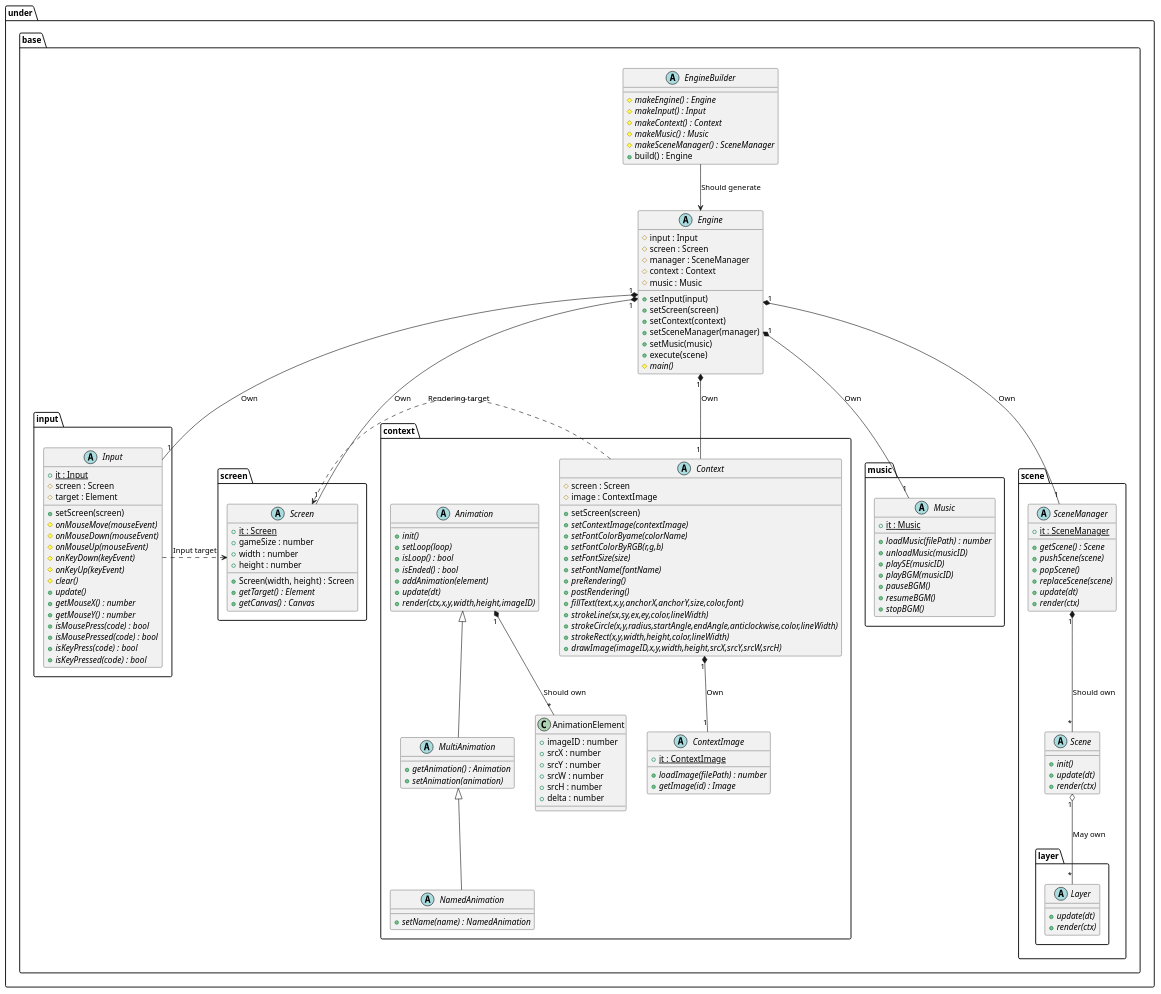
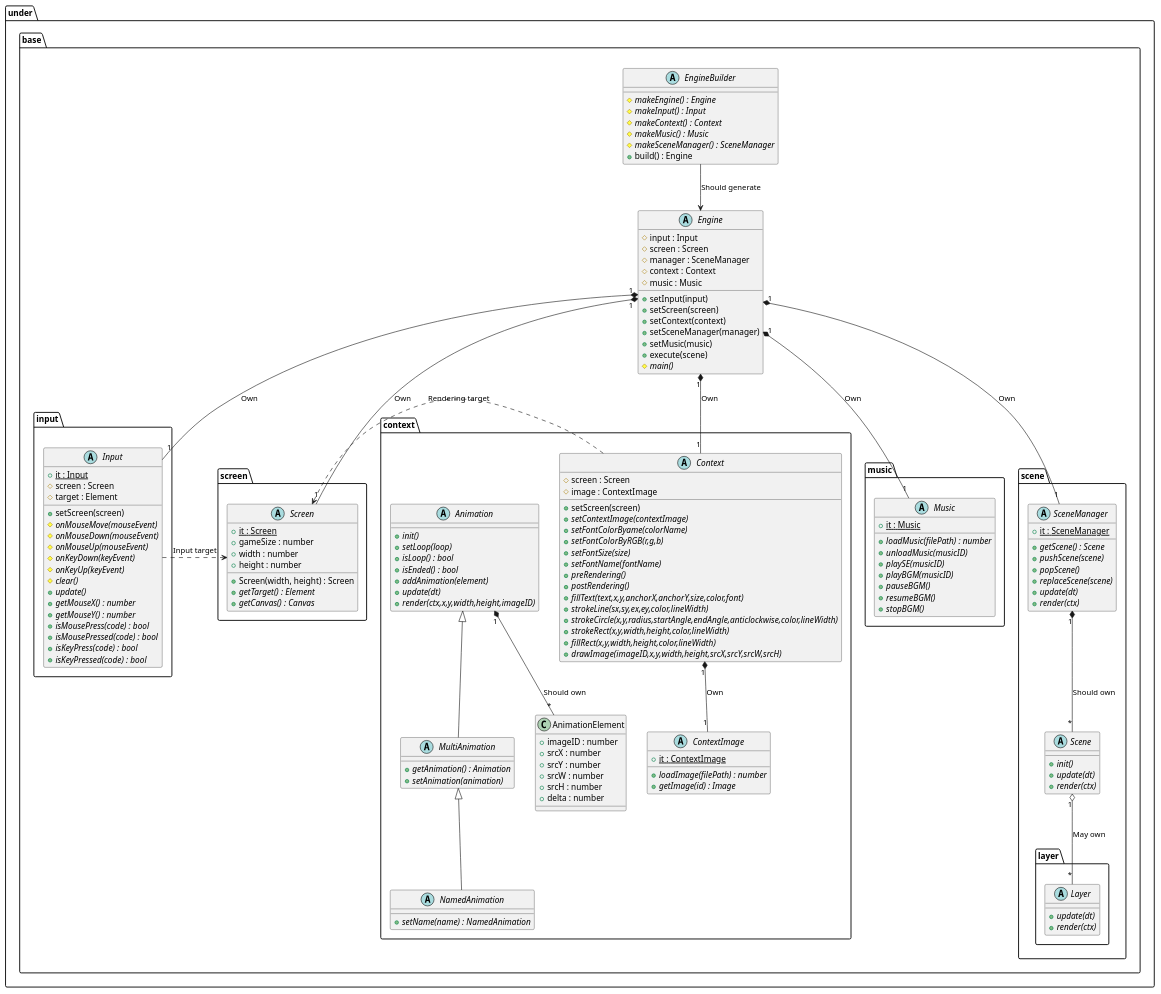
One commit to Expine/Under changed the diagram in uml/gamebase/Base.wsd. Above: the diagram before and after it, drawn with PlantUML. The commit also changed 17 other files, not shown here.

```diff
--- a/uml/gamebase/Base.wsd
+++ b/uml/gamebase/Base.wsd
@@ -1,170 +1,171 @@
 @startuml GameBaseBase
 
 package under {
     package base {
         abstract EngineBuilder {
             {abstract} #makeEngine() : Engine
             {abstract} #makeInput() : Input
             {abstract} #makeContext() : Context
             {abstract} #makeMusic() : Music
             {abstract} #makeSceneManager() : SceneManager
             +build() : Engine
         }
         abstract Engine {
             #input : Input
             #screen : Screen
             #manager : SceneManager
             #context : Context
             #music : Music
             +setInput(input)
             +setScreen(screen)
             +setContext(context)
             +setSceneManager(manager)
             +setMusic(music)
             +execute(scene)
             {abstract} #main()
         }
 
         package input {
             abstract Input {
                 {static} +it : Input /' Singleton '/
                 #screen : Screen
                 #target : Element
                 +setScreen(screen)
                 {abstract} #onMouseMove(mouseEvent)
                 {abstract} #onMouseDown(mouseEvent)
                 {abstract} #onMouseUp(mouseEvent)
                 {abstract} #onKeyDown(keyEvent)
                 {abstract} #onKeyUp(keyEvent)
                 {abstract} #clear()
                 {abstract} +update()
                 {abstract} +getMouseX() : number
                 {abstract} +getMouseY() : number
                 {abstract} +isMousePress(code) : bool
                 {abstract} +isMousePressed(code) : bool
                 {abstract} +isKeyPress(code) : bool
                 {abstract} +isKeyPressed(code) : bool
             }
         }
 
         package screen {
             abstract Screen {
                 +Screen(width, height) : Screen
                 {static} +it : Screen /' Singleton '/
                 +gameSize : number
                 +width : number
                 +height : number
                 {abstract} +getTarget() : Element
                 {abstract} +getCanvas() : Canvas
             }
         }
 
         package music {
             abstract Music {
                 {static} +it : Music /' Singleton '/
                 {abstract} +loadMusic(filePath) : number
                 {abstract} +unloadMusic(musicID)
                 {abstract} +playSE(musicID)
                 {abstract} +playBGM(musicID)
                 {abstract} +pauseBGM()
                 {abstract} +resumeBGM()
                 {abstract} +stopBGM()
             }
         }
 
         package context {
             abstract Context {
                 #screen : Screen
                 #image : ContextImage
                 +setScreen(screen)
                 {abstract} +setContextImage(contextImage)
                 {abstract} +setFontColorByame(colorName)
                 {abstract} +setFontColorByRGB(r,g,b)
                 {abstract} +setFontSize(size)
                 {abstract} +setFontName(fontName)
                 {abstract} +preRendering()
                 {abstract} +postRendering()
                 {abstract} +fillText(text,x,y,anchorX,anchorY,size,color,font)
                 {abstract} +strokeLine(sx,sy,ex,ey,color,lineWidth)
                 {abstract} +strokeCircle(x,y,radius,startAngle,endAngle,anticlockwise,color,lineWidth)
                 {abstract} +strokeRect(x,y,width,height,color,lineWidth)
+                {abstract} +fillRect(x,y,width,height,color,lineWidth)
                 {abstract} +drawImage(imageID,x,y,width,height,srcX,srcY,srcW,srcH)
             }
             abstract ContextImage {
                 {static} +it : ContextImage /' Singleton '/
                 {abstract} +loadImage(filePath) : number
                 {abstract} +getImage(id) : Image
             }
 
             abstract Animation {
                 {abstract} +init()
                 {abstract} +setLoop(loop)
                 {abstract} +isLoop() : bool
                 {abstract} +isEnded() : bool
                 {abstract} +addAnimation(element)
                 {abstract} +update(dt)
                 {abstract} +render(ctx,x,y,width,height,imageID)
             }
             abstract MultiAnimation {
                 {abstract} +getAnimation() : Animation
                 {abstract} +setAnimation(animation)
             }
             abstract NamedAnimation {
                 {abstract} +setName(name) : NamedAnimation
             }
             class AnimationElement {
                 +imageID : number
                 +srcX : number
                 +srcY : number
                 +srcW : number
                 +srcH : number
                 +delta : number
             }
         }
 
         package scene {
             abstract SceneManager {
                 {static} +it : SceneManager /' Singleton '/
                 {abstract} +getScene() : Scene
                 {abstract} +pushScene(scene)
                 {abstract} +popScene()
                 {abstract} +replaceScene(scene)
                 {abstract} +update(dt)
                 {abstract} +render(ctx)
             }
             abstract Scene {
                 {abstract} +init()
                 {abstract} +update(dt)
                 {abstract} +render(ctx)
             }
 
             package layer {
                 abstract Layer {
                     {abstract} +update(dt)
                     {abstract} +render(ctx)
                 }
             }
         }
     }
 }
 
 EngineBuilder --> Engine : Should generate
 Engine "1"*-- "1" Screen : Own
 Engine "1"*-- "1" Input : Own
 Engine "1"*-- "1" SceneManager : Own
 Engine "1"*-- "1" Context : Own
 Engine "1"*-- "1" Music : Own
 
 Input .> Screen : Input target
 Context .> Screen : Rendering target
 
 SceneManager "1"*--"*" Scene : Should own
 Scene "1" o--"*" Layer : May own
 Context "1"*--"1" ContextImage : Own
 
 Animation "1"*--"*"AnimationElement : Should own
 
 Animation <|-- MultiAnimation
 MultiAnimation <|-- NamedAnimation
 
 @enduml
```
